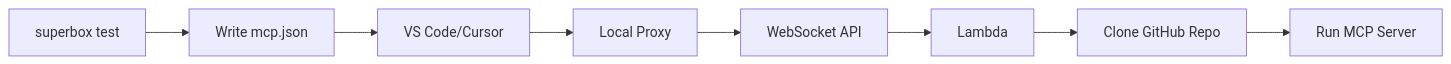
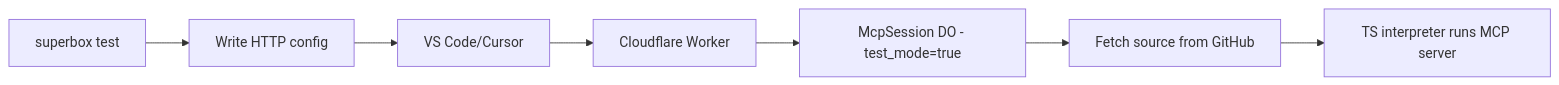
The diagram in docs/cli/test.mdx (areebahmeddd/SuperBox-FE), drawn with Mermaid before and after one commit. The commit also changed other lines of this file and 43 other files, not shown here.

````diff
--- a/docs/cli/test.mdx
+++ b/docs/cli/test.mdx
@@ -61,10 +57,9 @@
 ```mermaid
 graph LR
-    A[superbox test] --> B[Write mcp.json]
-    B --> C[VS Code/Cursor]
-    C --> D[Local Proxy]
-    D --> E[WebSocket API]
-    E --> F[Lambda]
-    F --> G[Clone GitHub Repo]
-    G --> H[Run MCP Server]
+ A[superbox test] --> B[Write HTTP config]
+ B --> C[VS Code/Cursor]
+ C --> D[Cloudflare Worker]
+ D --> E[McpSession DO - test_mode=true]
+ E --> F[Fetch source from GitHub]
+ F --> G[TS interpreter runs MCP server]
 ```
````
